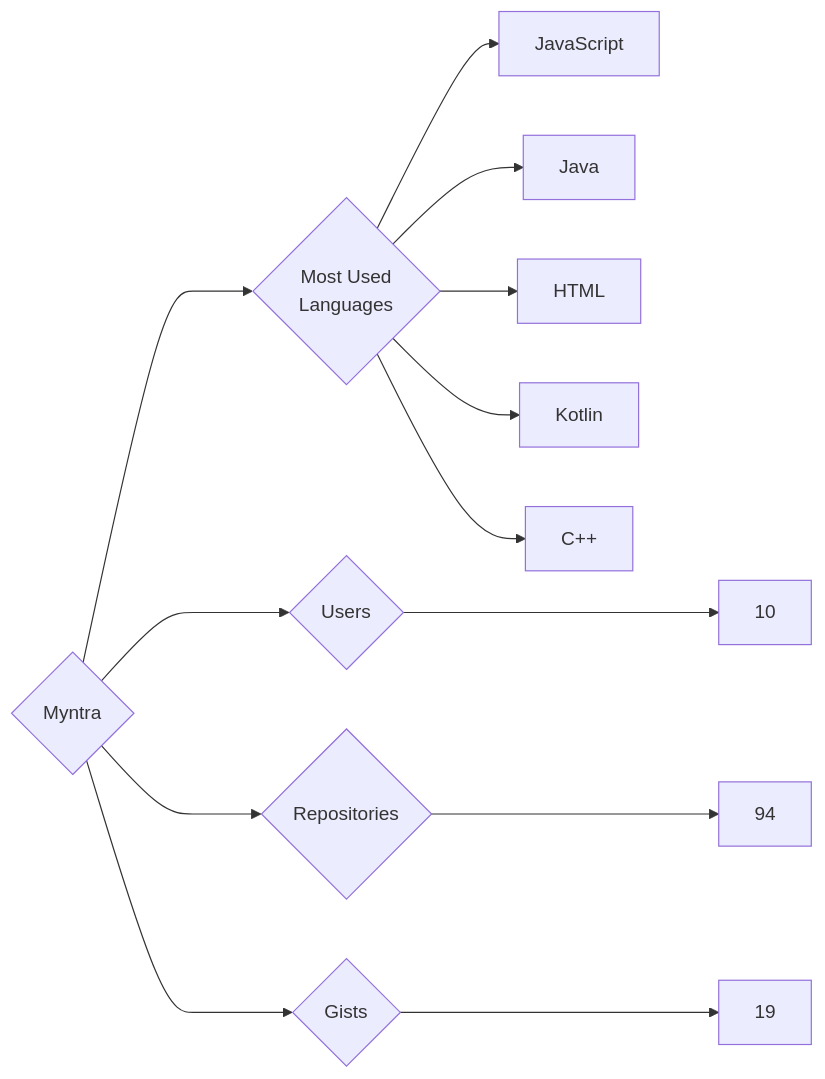
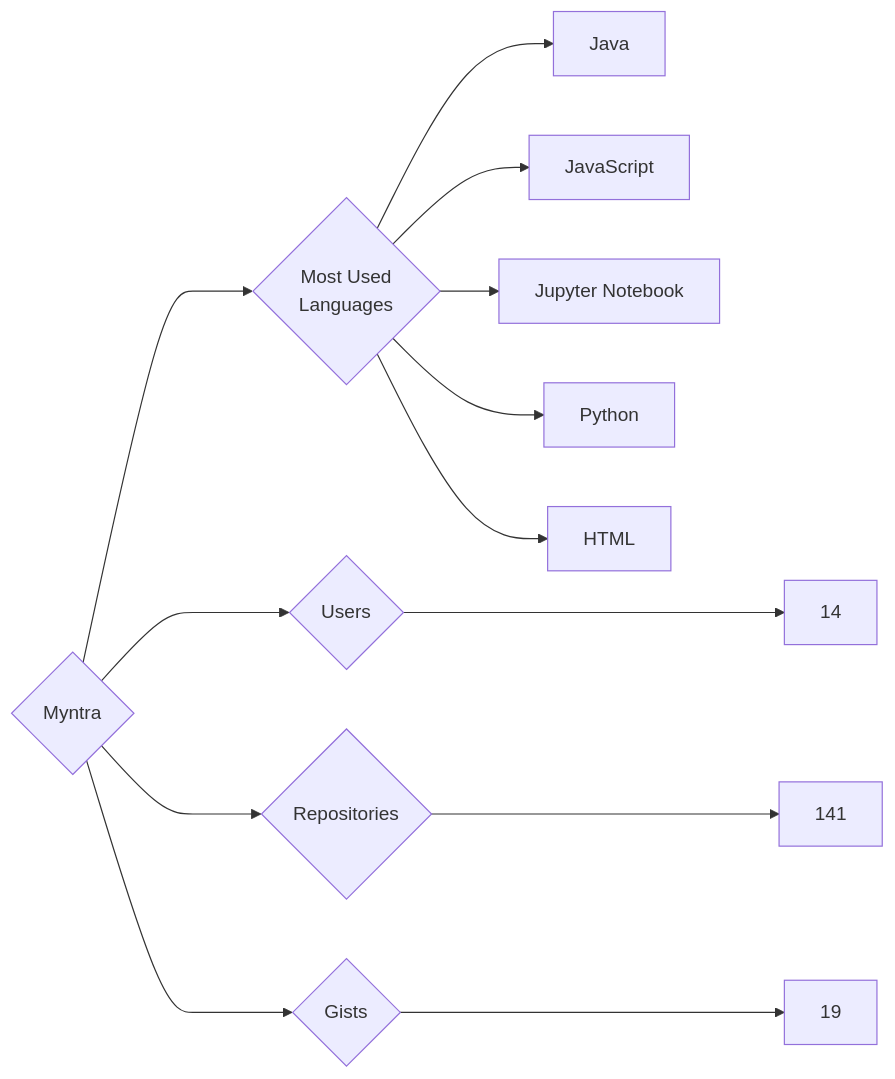
One commit to trickest/insiders changed the diagram in targets/Myntra/README.md. Above: the diagram before and after it, drawn with Mermaid. The commit also changed 1248 other files, not shown here.

````diff
--- a/targets/Myntra/README.md
+++ b/targets/Myntra/README.md
@@ -3,13 +3,13 @@
 ```mermaid
 graph LR
 COMPANY_NAME{Myntra}
-COMPANY_NAME ---> U{Users} ---> UN[10]
-COMPANY_NAME ---> R{Repositories} ---> RN[94]
+COMPANY_NAME ---> U{Users} ---> UN[14]
+COMPANY_NAME ---> R{Repositories} ---> RN[141]
 COMPANY_NAME ---> G{Gists} ---> GN[19]
 COMPANY_NAME ---> ML{Most Used<br>Languages}
+ML --> Java[Java]
 ML --> JavaScript[JavaScript]
-ML --> Java[Java]
+ML --> Jupyter_Notebook[Jupyter Notebook]
+ML --> Python[Python]
 ML --> HTML[HTML]
-ML --> Kotlin[Kotlin]
-ML --> C++[C++]
 ```
````
